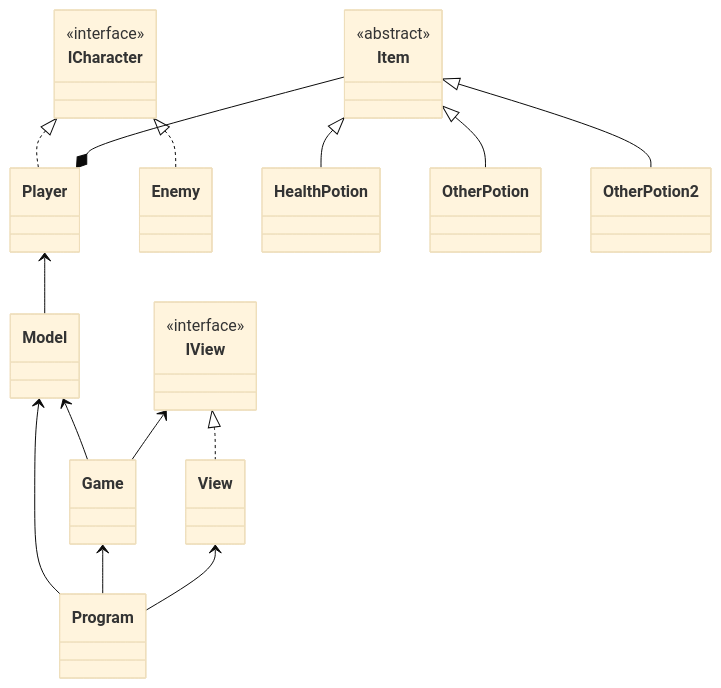
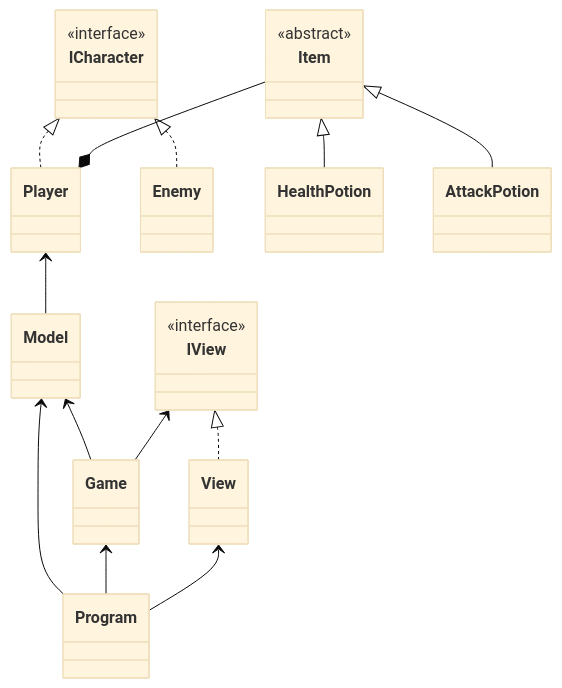
Before and after one commit to bryanb619/DungeonCrawler: the diagram in README.md, drawn with Mermaid (base theme). The commit also changed other lines of this file and 2 other files, not shown here.

````diff
--- a/README.md
+++ b/README.md
@@ -92,34 +94,32 @@
 ```mermaid
 
 classDiagram
 
   Model             <--    Program 
   Model             <--    Game
 
   Game              <--    Program  
 
   ICharacter        <|..   Player
   ICharacter        <|..   Enemy
      
   Player            <--    Model 
   Item              --*    Player  
 
   IView             <|..    View
   IView             <--     Game
   View              <--    Program 
 
   Item              <|--     HealthPotion
-  Item              <|--     OtherPotion  
-  Item              <|--     OtherPotion2  
+  Item              <|--     AttackPotion  
 
-  
   class Item 
   <<abstract>> Item 
 
   class ICharacter 
   <<interface>>  ICharacter 
 
   class IView
   <<interface>> IView 
 
 ```
````
